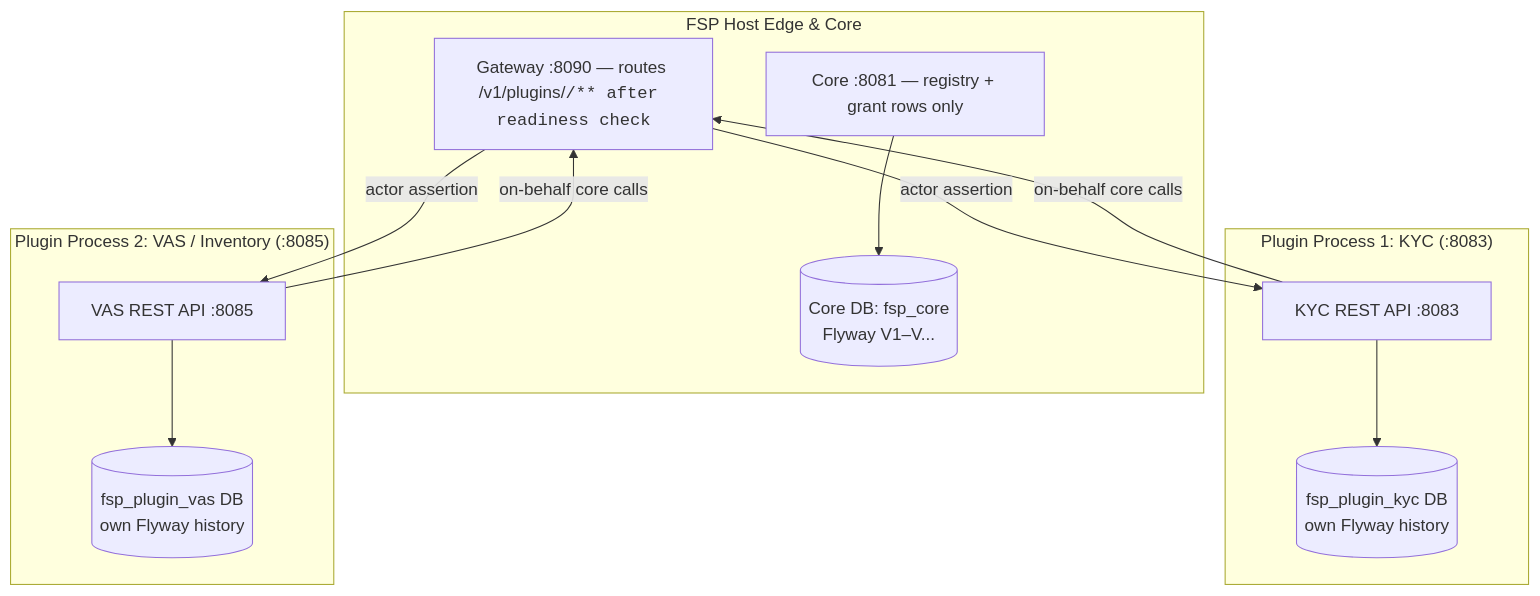
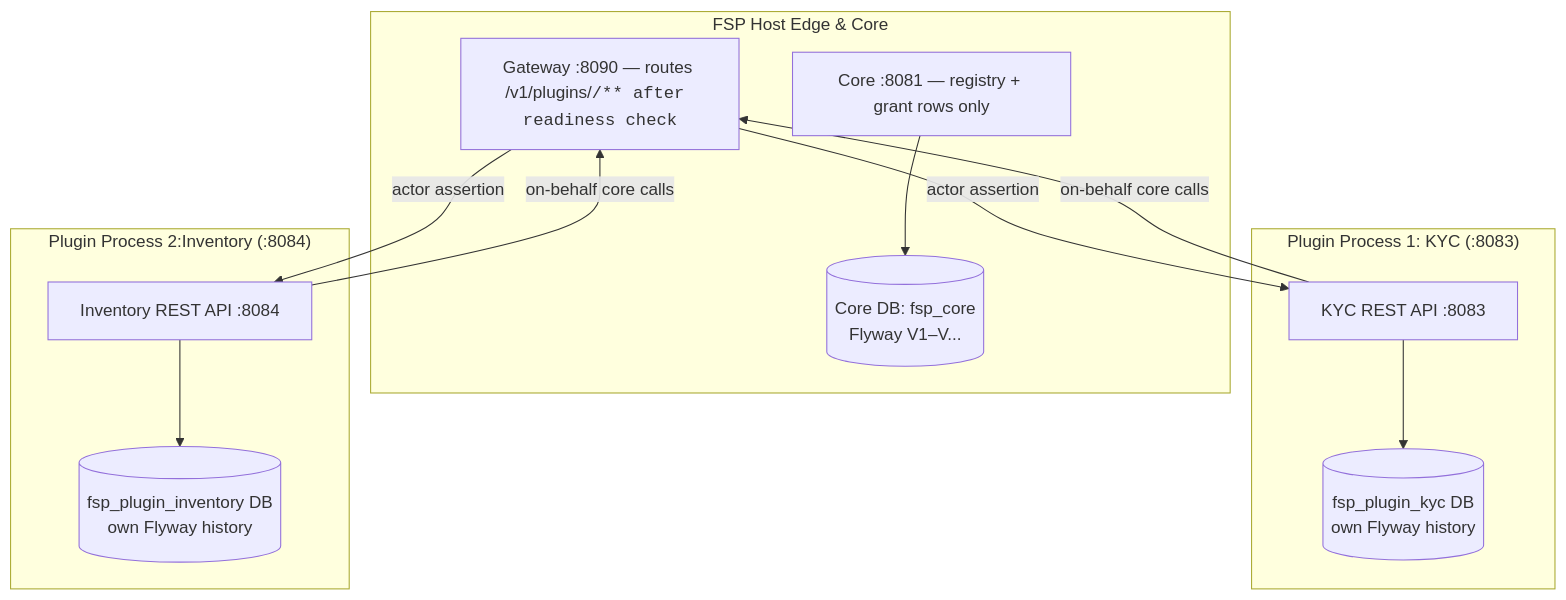
One commit to FathimaBadar/FinancialServicesPlatform changed the first of 2 diagrams in docs/architecture/07-plugin-platform.md. Above: the diagram before and after it, drawn with Mermaid. The commit also changed 54 other files, not shown here.

First line of the commit message:
feat: add comprehensive architecture plan for bank connectors, bill payments, PSP & EMI services

````diff
--- a/docs/architecture/07-plugin-platform.md
+++ b/docs/architecture/07-plugin-platform.md
@@ -12,26 +12,26 @@
 ```mermaid
 flowchart TB
     subgraph Host["FSP Host Edge & Core"]
         GW["Gateway :8090 — routes /v1/plugins/<code>/** after readiness check"]
         C["Core :8081 — registry + grant rows only"]
         PG_CORE[("Core DB: fsp_core<br/>Flyway V1–V...")]
         C --> PG_CORE
     end
 
     subgraph PluginKyc["Plugin Process 1: KYC (:8083)"]
         API_KYC["KYC REST API :8083"]
         DB_KYC[("fsp_plugin_kyc DB<br/>own Flyway history")]
         API_KYC --> DB_KYC
     end
 
-    subgraph PluginVas["Plugin Process 2: VAS / Inventory (:8085)"]
-        API_VAS["VAS REST API :8085"]
-        DB_VAS[("fsp_plugin_vas DB<br/>own Flyway history")]
+    subgraph PluginVas["Plugin Process 2:Inventory (:8084)"]
+        API_VAS["Inventory REST API :8084"]
+        DB_VAS[("fsp_plugin_inventory DB<br/>own Flyway history")]
         API_VAS --> DB_VAS
     end
 
     GW -->|actor assertion| API_KYC
     GW -->|actor assertion| API_VAS
     API_KYC -->|on-behalf core calls| GW
     API_VAS -->|on-behalf core calls| GW
 ```
````
